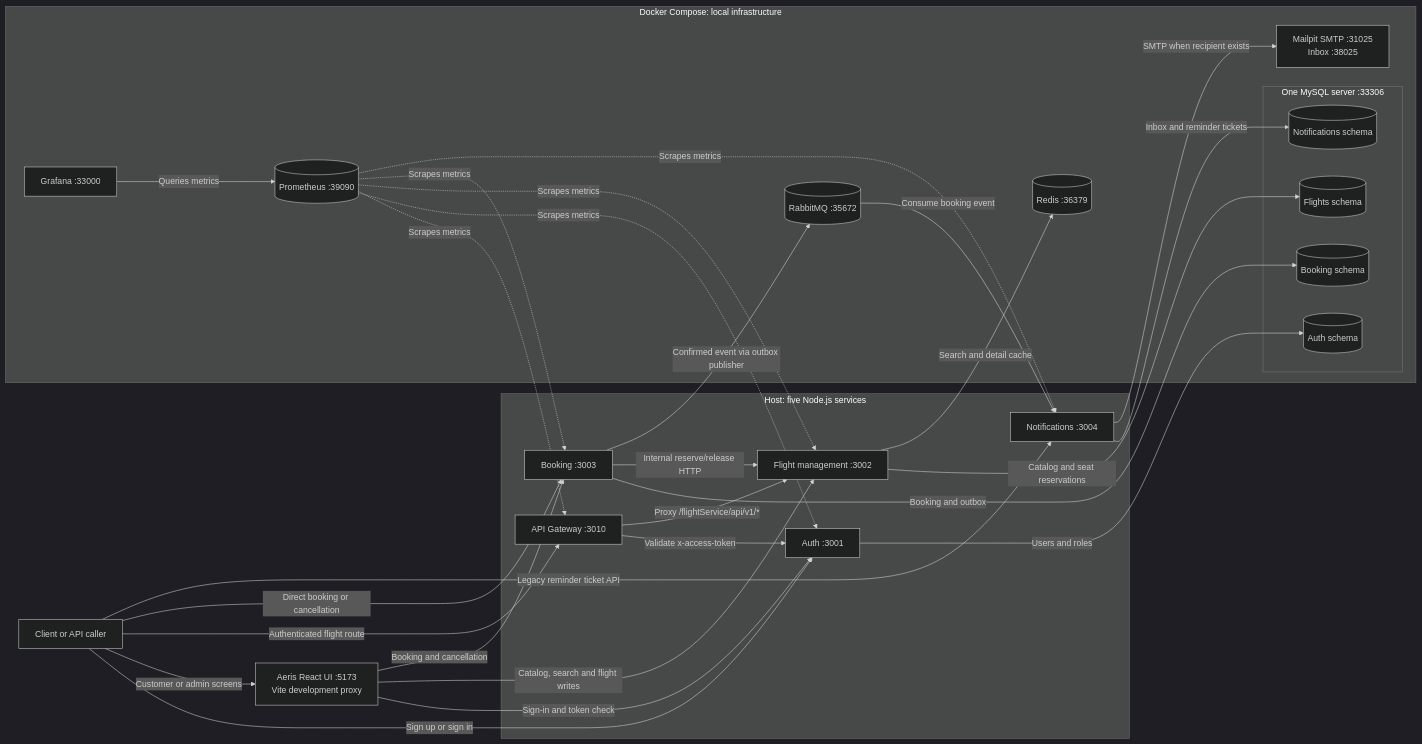
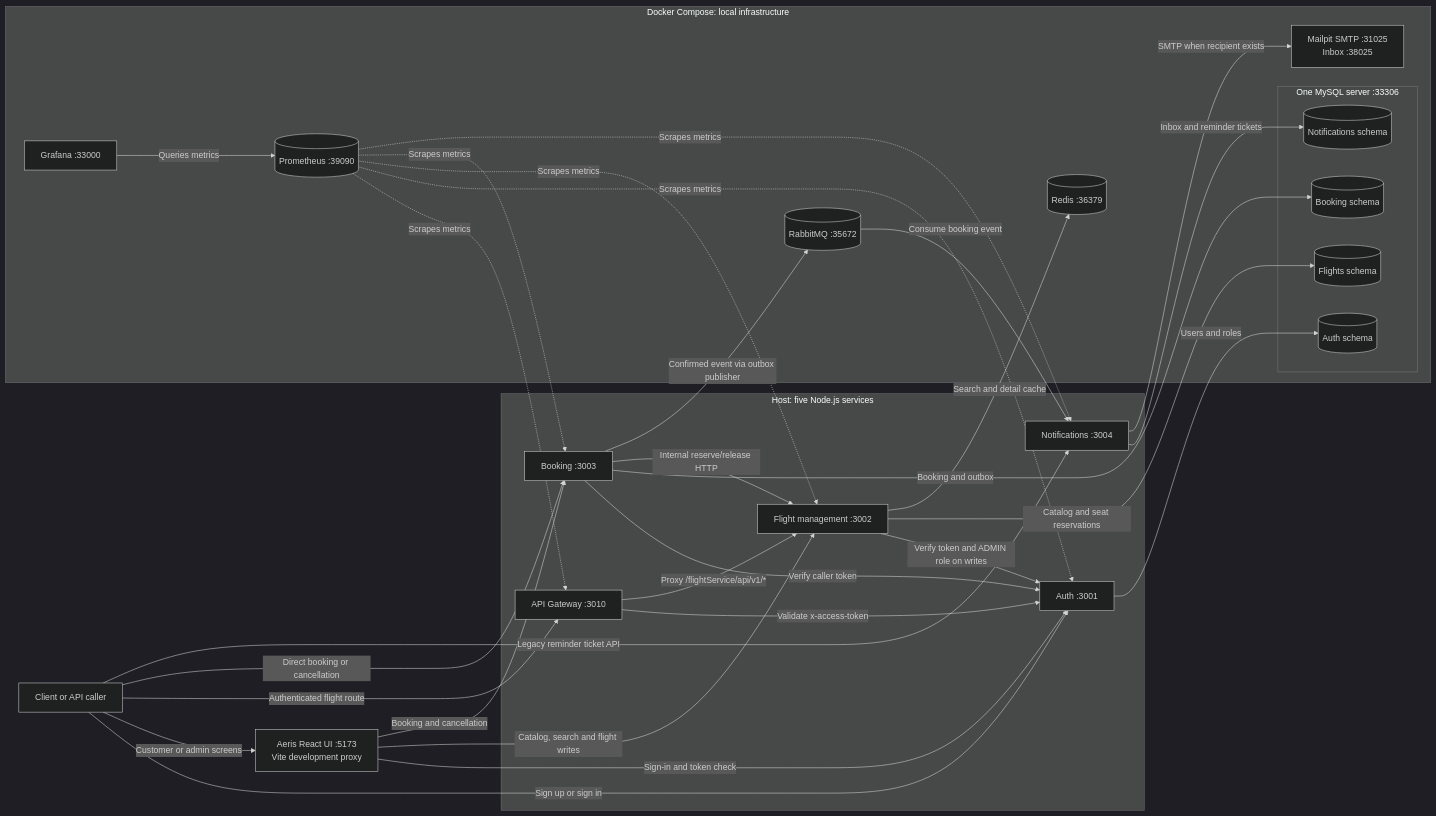
Before and after one commit to inductionotg/FlightBooking-10x: the first of 3 diagrams in docs/architecture.md, drawn with Mermaid (dark theme). The commit also changed other lines of this file and 33 other files, not shown here.

Commit message:
Enforce admin writes and authenticated booking ownership

````diff
--- a/docs/architecture.md
+++ b/docs/architecture.md
@@ -7,55 +7,57 @@
 ```mermaid
 flowchart LR
   Client["Client or API caller"]
   UI["Aeris React UI :5173<br/>Vite development proxy"]
 
   subgraph HostServices["Host: five Node.js services"]
     Gateway["API Gateway :3010"]
     Auth["Auth :3001"]
     Flights["Flight management :3002"]
     Booking["Booking :3003"]
     Notifications["Notifications :3004"]
   end
 
   subgraph Docker["Docker Compose: local infrastructure"]
     subgraph MySQL["One MySQL server :33306"]
       AuthDB[(Auth schema)]
       FlightDB[(Flights schema)]
       BookingDB[(Booking schema)]
       NotificationDB[(Notifications schema)]
     end
     Redis[(Redis :36379)]
     RabbitMQ[(RabbitMQ :35672)]
     Mailpit["Mailpit SMTP :31025<br/>Inbox :38025"]
     Prometheus[(Prometheus :39090)]
     Grafana["Grafana :33000"]
   end
 
   Client -->|"Sign up or sign in"| Auth
   Client -->|"Customer or admin screens"| UI
   UI -->|"Sign-in and token check"| Auth
   UI -->|"Catalog, search and flight writes"| Flights
   UI -->|"Booking and cancellation"| Booking
   Client -->|"Authenticated flight route"| Gateway
   Gateway -->|"Validate x-access-token"| Auth
   Gateway -->|"Proxy /flightService/api/v1/*"| Flights
   Client -->|"Direct booking or cancellation"| Booking
   Client -->|"Legacy reminder ticket API"| Notifications
 
+  Flights -->|"Verify token and ADMIN role on writes"| Auth
+  Booking -->|"Verify caller token"| Auth
   Auth -->|"Users and roles"| AuthDB
   Flights -->|"Catalog and seat reservations"| FlightDB
   Flights -->|"Search and detail cache"| Redis
   Booking -->|"Booking and outbox"| BookingDB
   Booking -->|"Internal reserve/release HTTP"| Flights
   Booking -->|"Confirmed event via outbox publisher"| RabbitMQ
   RabbitMQ -->|"Consume booking event"| Notifications
   Notifications -->|"Inbox and reminder tickets"| NotificationDB
   Notifications -->|"SMTP when recipient exists"| Mailpit
 
   Prometheus -.->|"Scrapes metrics"| Gateway
   Prometheus -.->|"Scrapes metrics"| Auth
   Prometheus -.->|"Scrapes metrics"| Flights
   Prometheus -.->|"Scrapes metrics"| Booking
   Prometheus -.->|"Scrapes metrics"| Notifications
   Grafana -->|"Queries metrics"| Prometheus
 ```
````
